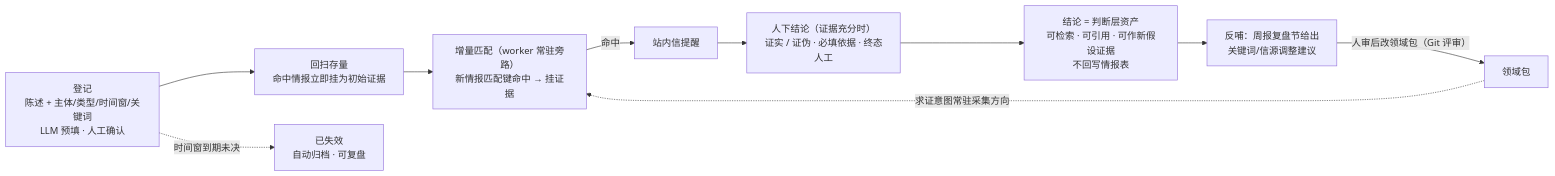
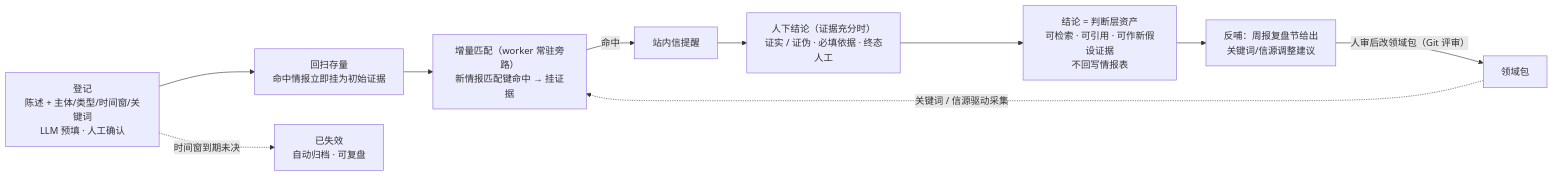
Before and after one commit to leoricmaster/pih: the sixth of 10 diagrams in backlog/docs/doc-2 - 架构设计-Architecture.md, drawn with Mermaid. The commit also changed other lines of this file and 6 other files, not shown here.

````diff
--- a/backlog/docs/doc-2 - 架构设计-Architecture.md
+++ b/backlog/docs/doc-2 - 架构设计-Architecture.md
@@ -241,12 +242,12 @@
 ```mermaid
 flowchart LR
     RG["登记<br/>陈述 + 主体/类型/时间窗/关键词<br/>LLM 预填 · 人工确认"] --> BS["回扫存量<br/>命中情报立即挂为初始证据"]
     BS --> INC["增量匹配（worker 常驻旁路）<br/>新情报匹配键命中 → 挂证据"]
     INC -->|"命中"| NF["站内信提醒"]
     NF --> CJ["人下结论（证据充分时）<br/>证实 / 证伪 · 必填依据 · 终态人工"]
     RG -.->|"时间窗到期未决"| EXP["已失效<br/>自动归档 · 可复盘"]
     CJ --> ASSET["结论 = 判断层资产<br/>可检索 · 可引用 · 可作新假设证据<br/>不回写情报表"]
     ASSET --> FB["反哺：周报复盘节给出<br/>关键词/信源调整建议"]
     FB -->|"人审后改领域包（Git 评审）"| PK["领域包"]
-    PK -.->|"求证意图常驻采集方向"| INC
+    PK -.->|"关键词 / 信源驱动采集"| INC
 ```
````
